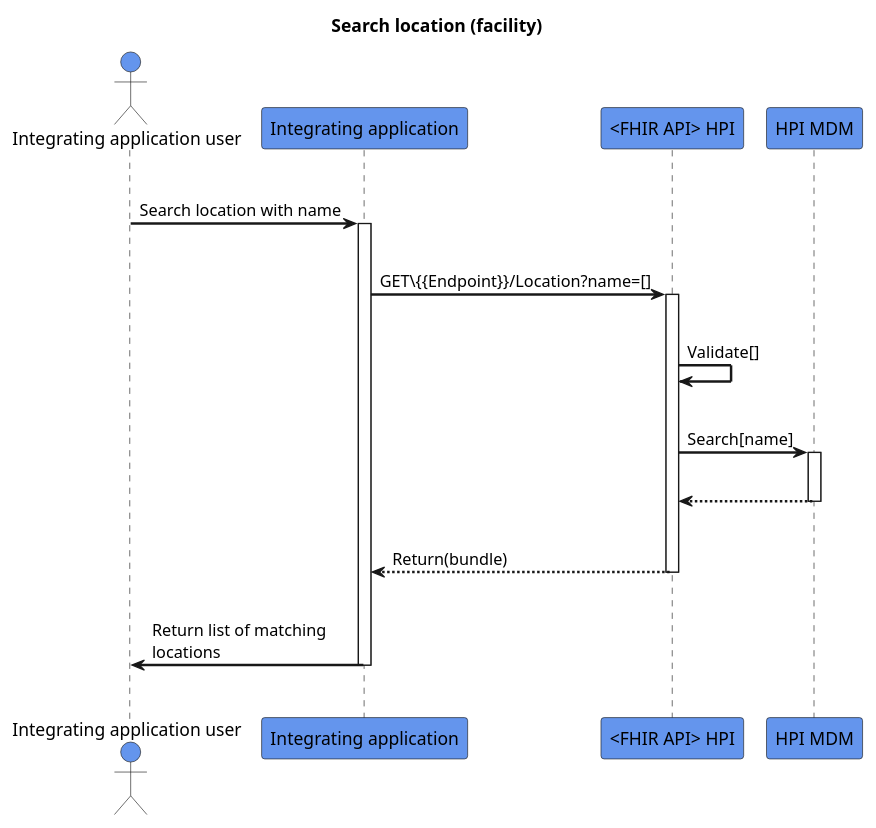
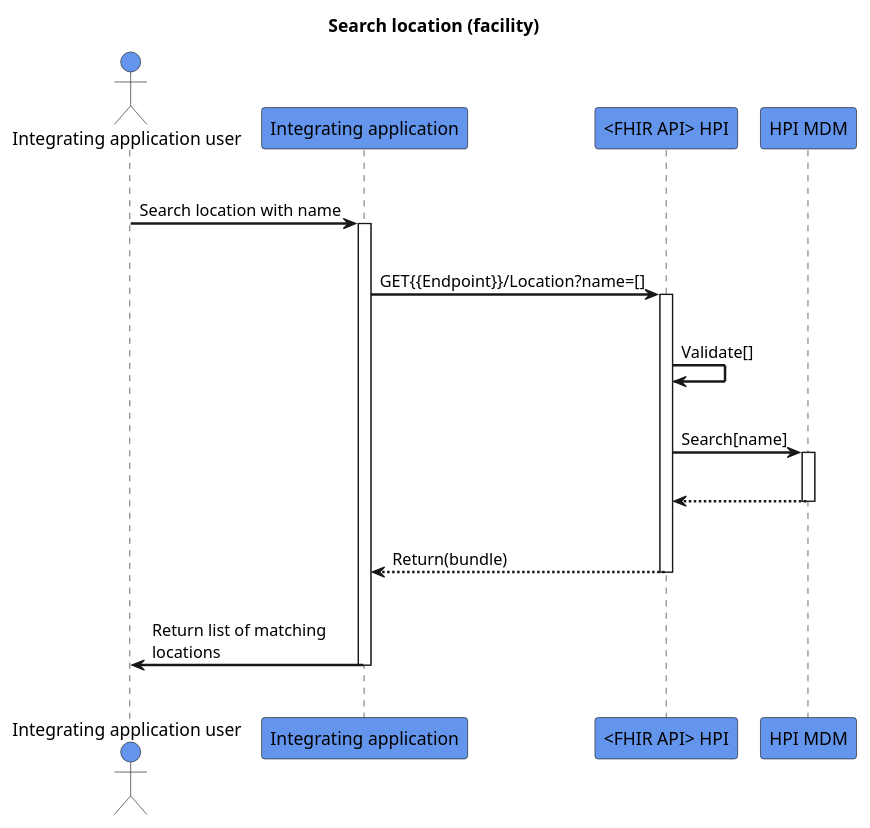
One commit to HL7NZ/hpi changed the diagram in input/images-source/search-locationwithname.plantuml. Above: the diagram before and after it, drawn with PlantUML.

```diff
--- a/input/images-source/search-locationwithname.plantuml
+++ b/input/images-source/search-locationwithname.plantuml
@@ -1,32 +1,32 @@
 @startuml
 skinparam sequenceArrowThickness 2
 skinparam roundcorner 5
 skinparam maxmessagesize 180
 skinparam sequenceParticipant bold
 title Search location (facility) 
 actor "Integrating application user" as User #CornflowerBlue
 participant "Integrating application" as A #CornflowerBlue
 participant "<FHIR API> HPI" as B #CornflowerBlue
 participant "HPI MDM" as C #CornflowerBlue
 |||
 User -> A: Search location with name
 activate A
 |||
-A -> B: GET\{{Endpoint}}/Location?name=[]
+A -> B: GET{{Endpoint}}/Location?name=[]
 activate B
 |||
 B -> B: Validate[]
 |||
 B -> C: Search[name]
 activate C
 |||
 C -[dashed]-> B:  
 deactivate C
 |||
 B -[dashed]-> A:Return(bundle)
 deactivate B
 |||
 A -> User: Return list of matching locations
 deactivate A
 |||
 @enduml
```
